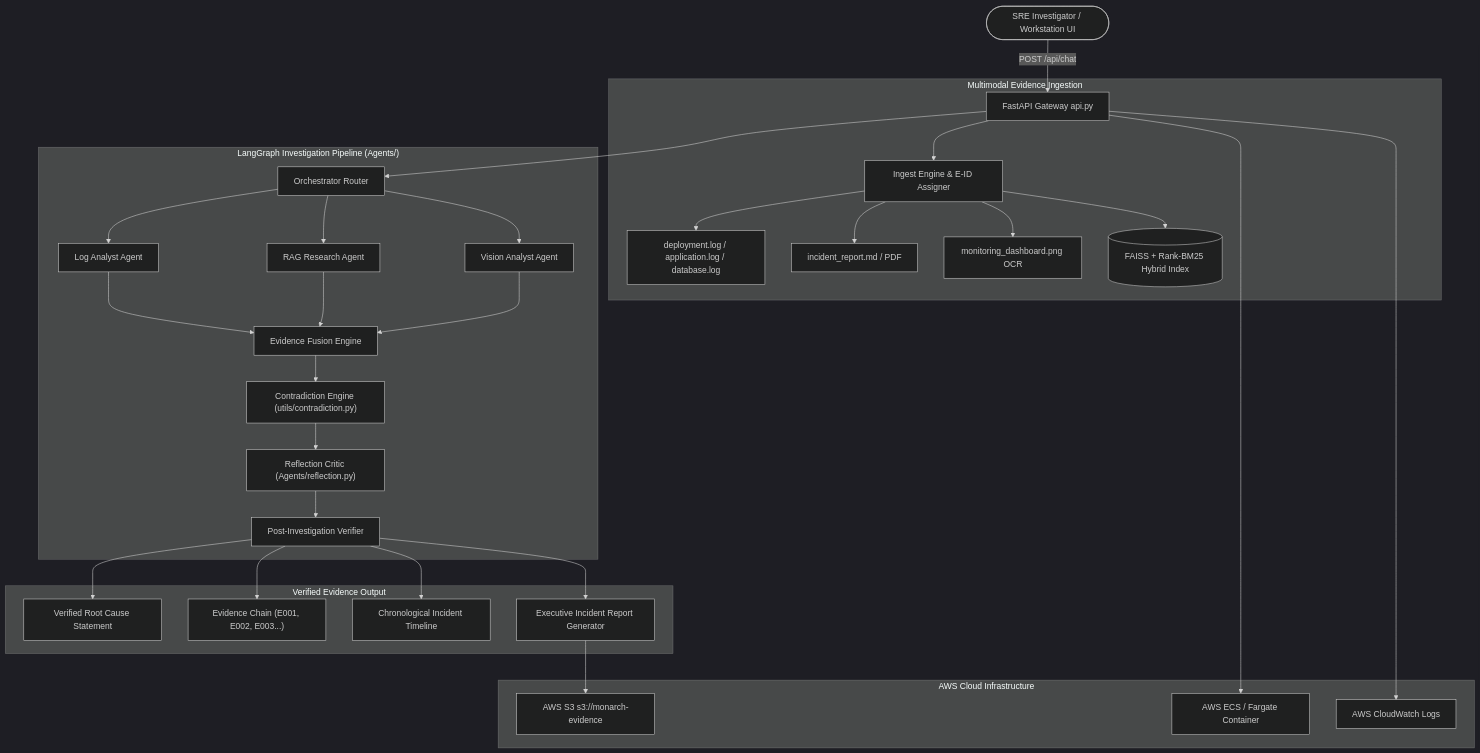
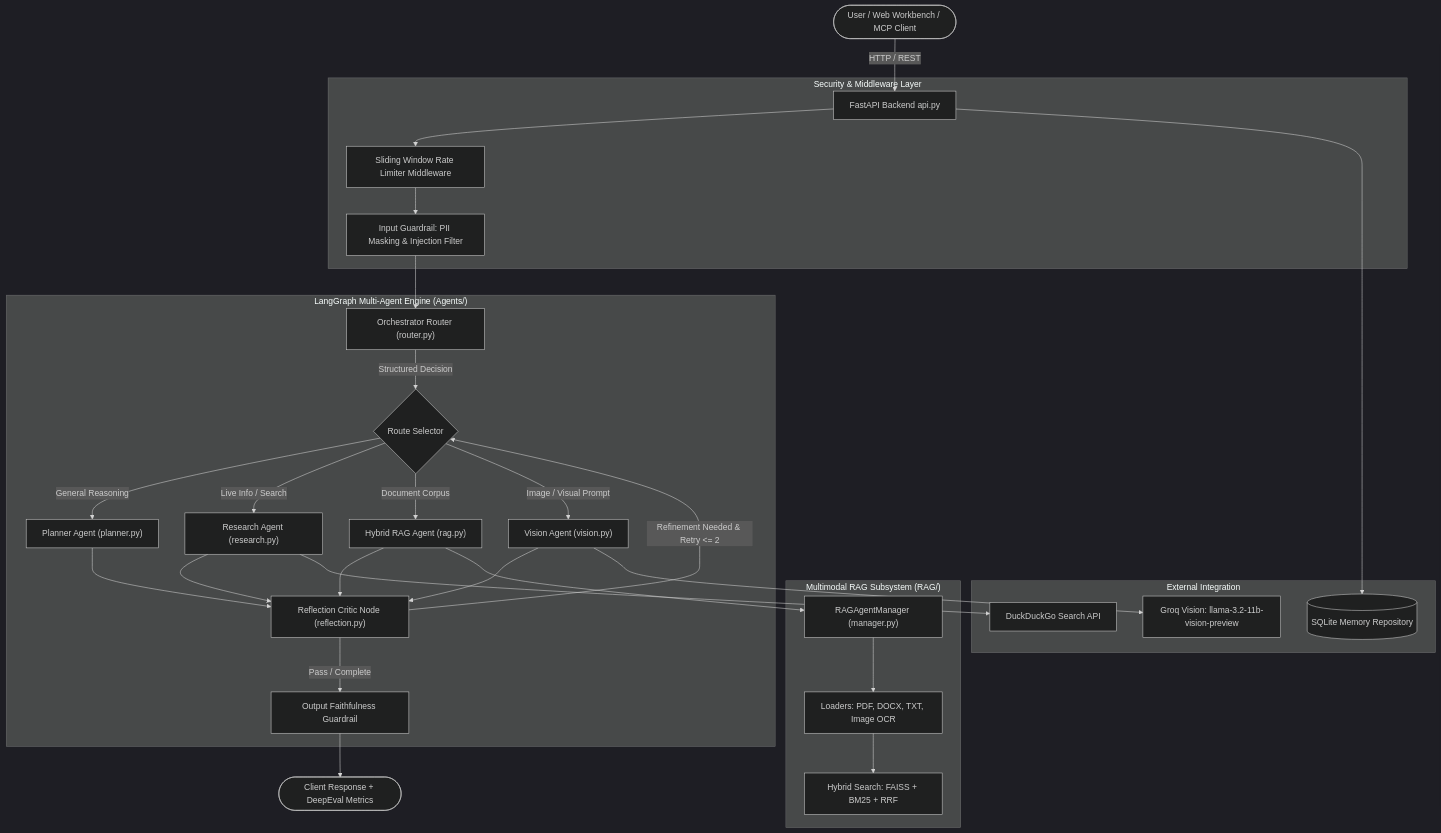
One commit to Sahas2711/MonArch_AI changed the diagram in README.md. Above: the diagram before and after it, drawn with Mermaid (dark theme). The commit also changed other lines of this file and 46 other files, not shown here.

````diff
--- a/README.md
+++ b/README.md
@@ -31,40 +18,41 @@
 ```mermaid
 flowchart TD
-    User([SRE Investigator / Workstation UI]) --> |POST /api/chat| API[FastAPI Gateway api.py]
+    Client([User / Web Workbench / MCP Client]) --> |HTTP / REST| API[FastAPI Backend api.py]
     
-    subgraph Ingestion ["Multimodal Evidence Ingestion"]
-        API --> IngestEngine[Ingest Engine & E-ID Assigner]
-        IngestEngine --> Logs[deployment.log / application.log / database.log]
-        IngestEngine --> Docs[incident_report.md / PDF]
-        IngestEngine --> Vision[monitoring_dashboard.png OCR]
-        IngestEngine --> VectorDB[(FAISS + Rank-BM25 Hybrid Index)]
+    subgraph Security ["Security & Middleware Layer"]
+        API --> RateLimiter[Sliding Window Rate Limiter Middleware]
+        RateLimiter --> InputGuard[Input Guardrail: PII Masking & Injection Filter]
     end
 
-    subgraph Agents ["LangGraph Investigation Pipeline (Agents/)"]
-        API --> Router["Orchestrator Router"]
-        Router --> LogAgent["Log Analyst Agent"]
-        Router --> RAGAgent["RAG Research Agent"]
-        Router --> VisionAgent["Vision Analyst Agent"]
+    subgraph Agents ["LangGraph Multi-Agent Engine (Agents/)"]
+        InputGuard --> Orchestrator["Orchestrator Router (router.py)"]
+        Orchestrator --> |Structured Decision| RouteSwitch{Route Selector}
         
-        LogAgent --> Fusion["Evidence Fusion Engine"]
-        RAGAgent --> Fusion
-        VisionAgent --> Fusion
+        RouteSwitch -->|General Reasoning| Planner["Planner Agent (planner.py)"]
+        RouteSwitch -->|Live Info / Search| Research["Research Agent (research.py)"]
+        RouteSwitch -->|Document Corpus| RAGNode["Hybrid RAG Agent (rag.py)"]
+        RouteSwitch -->|Image / Visual Prompt| VisionNode["Vision Agent (vision.py)"]
         
-        Fusion --> Contradiction["Contradiction Engine (utils/contradiction.py)"]
-        Contradiction --> Reflection["Reflection Critic (Agents/reflection.py)"]
-        Reflection --> Verifier["Post-Investigation Verifier"]
+        Planner --> Reflection["Reflection Critic Node (reflection.py)"]
+        Research --> Reflection
+        RAGNode --> Reflection
+        VisionNode --> Reflection
+
+        Reflection -->|Refinement Needed & Retry <= 2| RouteSwitch
+        Reflection -->|Pass / Complete| OutputGuard[Output Faithfulness Guardrail]
     end
 
-    subgraph Output ["Verified Evidence Output"]
-        Verifier --> RootCause[Verified Root Cause Statement]
-        Verifier --> EvidenceChain["Evidence Chain (E001, E002, E003...)"]
-        Verifier --> Timeline["Chronological Incident Timeline"]
-        Verifier --> ReportGen[Executive Incident Report Generator]
+    subgraph RAGSubsystem ["Multimodal RAG Subsystem (RAG/)"]
+        RAGNode --> Manager["RAGAgentManager (manager.py)"]
+        Manager --> MultiLoader[Loaders: PDF, DOCX, TXT, Image OCR]
+        MultiLoader --> Hybrid[Hybrid Search: FAISS + BM25 + RRF]
     end
 
-    subgraph AWS ["AWS Cloud Infrastructure"]
-        ReportGen --> S3[AWS S3 s3://monarch-evidence]
-        API --> ECS[AWS ECS / Fargate Container]
-        API --> CW[AWS CloudWatch Logs]
+    subgraph External ["External Integration"]
+        Research --> DDG[DuckDuckGo Search API]
+        VisionNode --> GroqVision[Groq Vision: llama-3.2-11b-vision-preview]
+        API --> MemoryRepo[(SQLite Memory Repository)]
     end
+
+    OutputGuard --> FinalOutput([Client Response + DeepEval Metrics])
 ```
````
